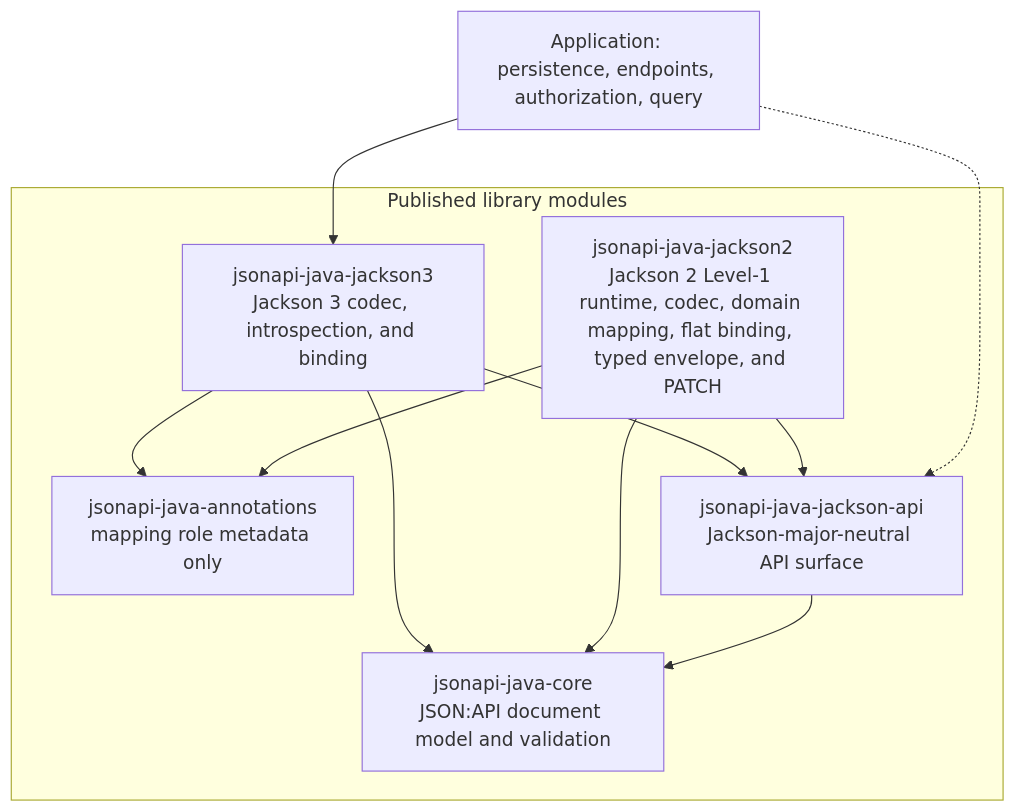
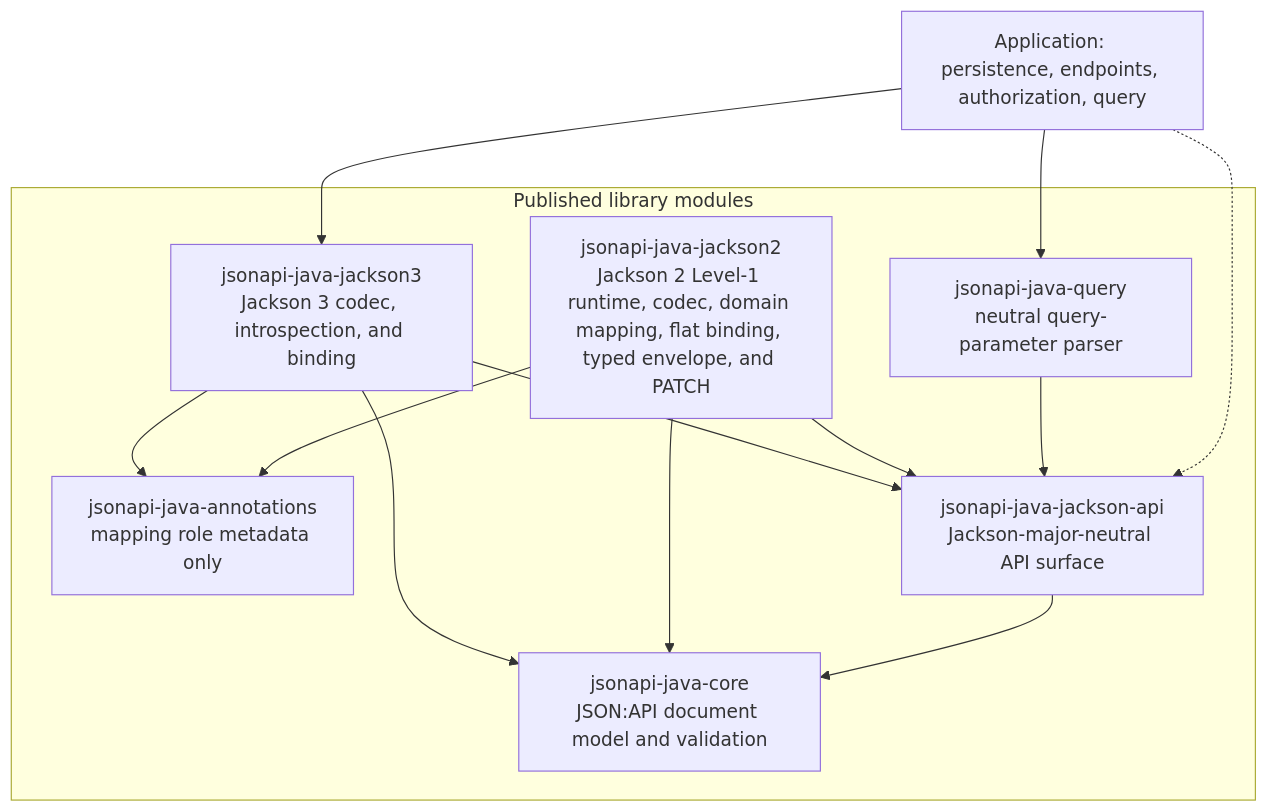
One commit to kazforge/jsonapi-java changed the first of 6 diagrams in docs/architecture.md. Above: the diagram before and after it, drawn with Mermaid. The commit also changed other lines of this file and 24 other files, not shown here.

Commit message:
feat(query): add neutral query parameter parser

````diff
--- a/docs/architecture.md
+++ b/docs/architecture.md
@@ -28,22 +28,25 @@
 ```mermaid
 flowchart TB
   subgraph published["Published library modules"]
     CORE["jsonapi-java-core<br/>JSON:API document model and validation"]
     ANN["jsonapi-java-annotations<br/>mapping role metadata only"]
     COMMON["jsonapi-java-jackson-api<br/>Jackson-major-neutral API surface"]
+    QUERY["jsonapi-java-query<br/>neutral query-parameter parser"]
     J3["jsonapi-java-jackson3<br/>Jackson 3 codec, introspection, and binding"]
     J2["jsonapi-java-jackson2<br/>Jackson 2 Level-1 runtime, codec, domain mapping, flat binding, typed envelope, and PATCH"]
   end
 
   APP["Application: persistence, endpoints, authorization, query"]
 
   J3 --> COMMON
   J3 --> CORE
   J3 --> ANN
   J2 --> COMMON
   J2 --> CORE
   J2 --> ANN
   COMMON --> CORE
+  QUERY --> COMMON
   APP --> J3
+  APP --> QUERY
   APP -.-> COMMON
 ```
````
